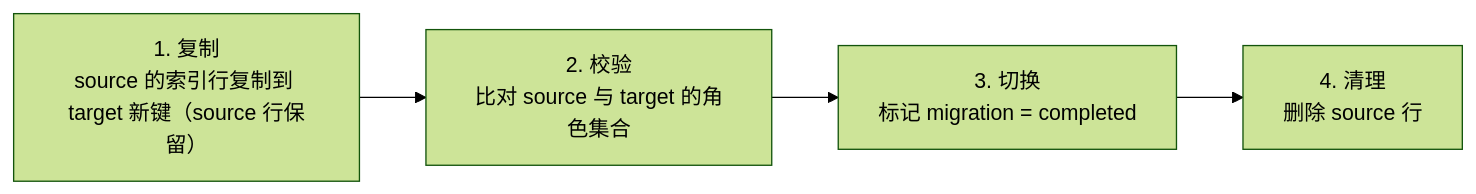
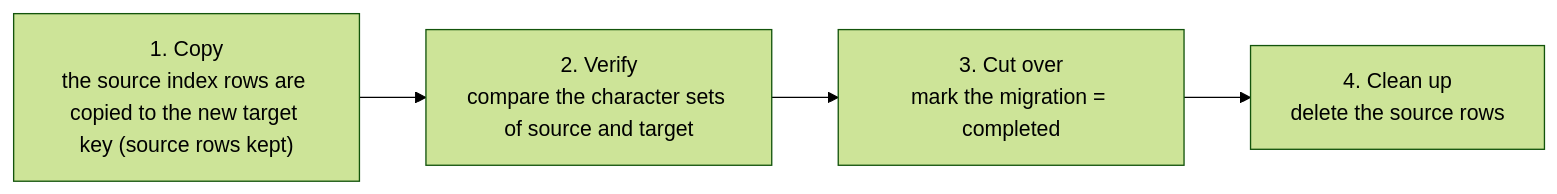
One commit to cuihairu/atlas changed the fifth of 6 diagrams in docs/migration.md. Above: the diagram before and after it, drawn with Mermaid (forest theme). The commit also changed other lines of this file and 80 other files, not shown here.

````diff
--- a/docs/migration.md
+++ b/docs/migration.md
@@ -233,8 +265,8 @@
 ```mermaid
 flowchart LR
-    P1["1. 复制<br/>source 的索引行复制到 target 新键（source 行保留）"]
-    P2["2. 校验<br/>比对 source 与 target 的角色集合"]
-    P3["3. 切换<br/>标记 migration = completed"]
-    P4["4. 清理<br/>删除 source 行"]
+    P1["1. Copy<br/>the source index rows are copied to the new target key (source rows kept)"]
+    P2["2. Verify<br/>compare the character sets of source and target"]
+    P3["3. Cut over<br/>mark the migration = completed"]
+    P4["4. Clean up<br/>delete the source rows"]
     P1 --> P2 --> P3 --> P4
 ```
````
